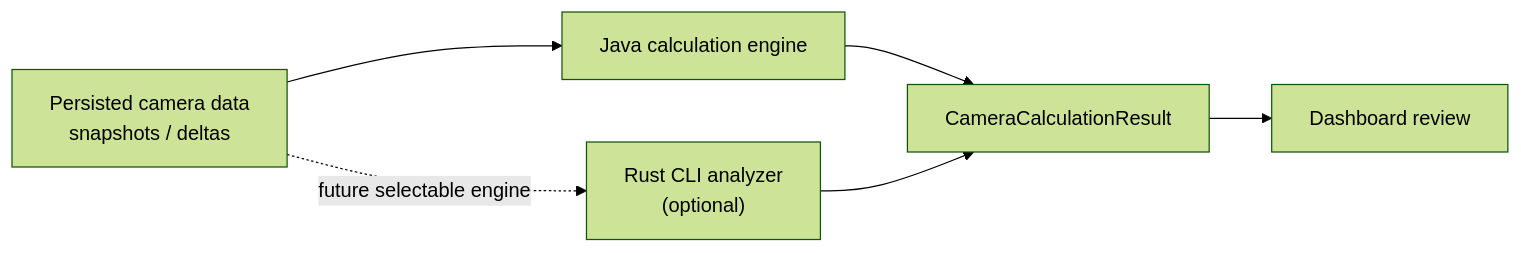
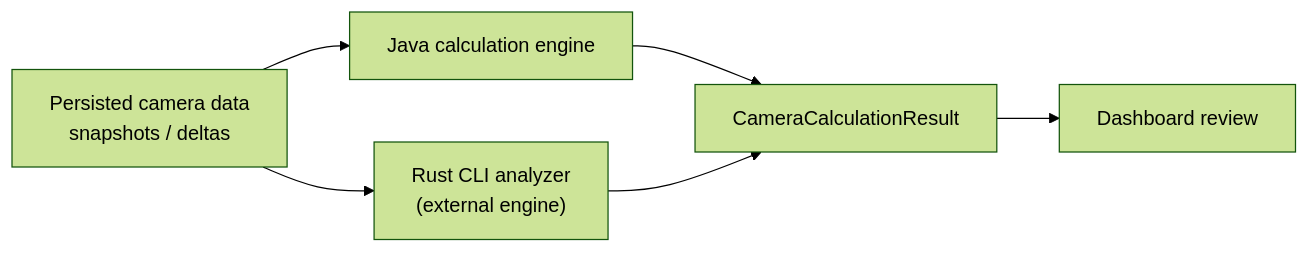
The third of 4 diagrams in README.md (nathabee/spaghetti-chef), drawn with Mermaid (forest theme) before and after one commit. The commit also changed other lines of this file and 24 other files, not shown here.

````diff
--- a/README.md
+++ b/README.md
@@ -367,14 +408,14 @@
 ```mermaid
 flowchart LR
     data["Persisted camera data<br/>snapshots / deltas"]
     javaEngine["Java calculation engine"]
-    rustEngine["Rust CLI analyzer<br/>(optional)"]
+    rustEngine["Rust CLI analyzer<br/>(external engine)"]
     result["CameraCalculationResult"]
     dashboard["Dashboard review"]
 
     data --> javaEngine
-    data -. future selectable engine .-> rustEngine
+    data --> rustEngine
     javaEngine --> result
     rustEngine --> result
     result --> dashboard
 ```
````
